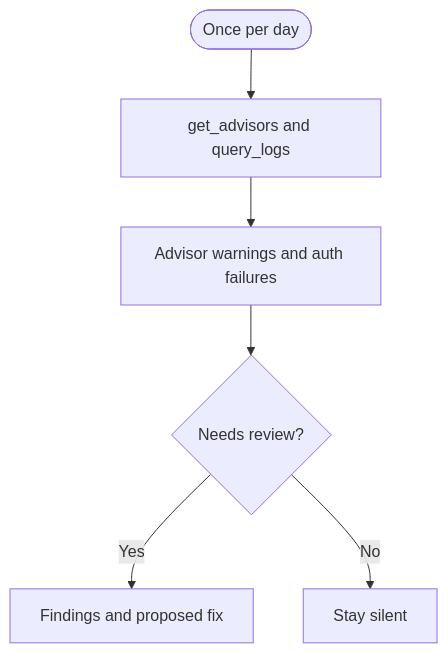
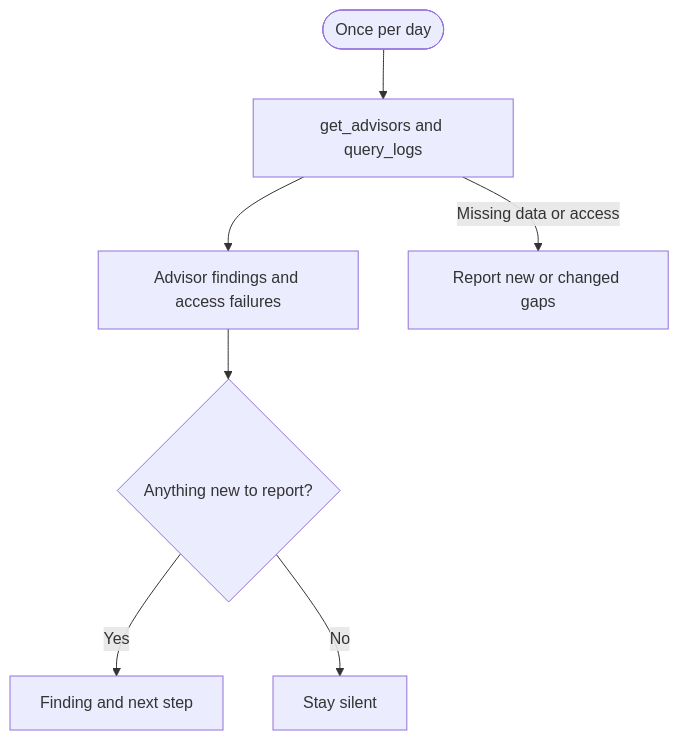
The diagram in apps/docs/content/guides/observability/automate-with-agents/security.mdx (supabase/supabase), drawn with Mermaid before and after one commit. The commit also changed other lines of this file and 10 other files, not shown here.

````diff
--- a/apps/docs/content/guides/observability/automate-with-agents/security.mdx
+++ b/apps/docs/content/guides/observability/automate-with-agents/security.mdx
@@ -8,8 +8,9 @@
 ```mermaid
 flowchart TD
   Schedule([Once per day]) --> Inspect[get_advisors and query_logs]
-  Inspect --> Signals[Advisor warnings and auth failures]
-  Signals --> Review{Needs review?}
-  Review -->|Yes| Report[Findings and proposed fix]
+  Inspect --> Signals["Advisor findings and access failures"]
+  Signals --> Review{Anything new to report?}
+  Review -->|Yes| Report[Finding and next step]
   Review -->|No| Silent[Stay silent]
+  Inspect -->|Missing data or access| Gap[Report new or changed gaps]
 ```
````
